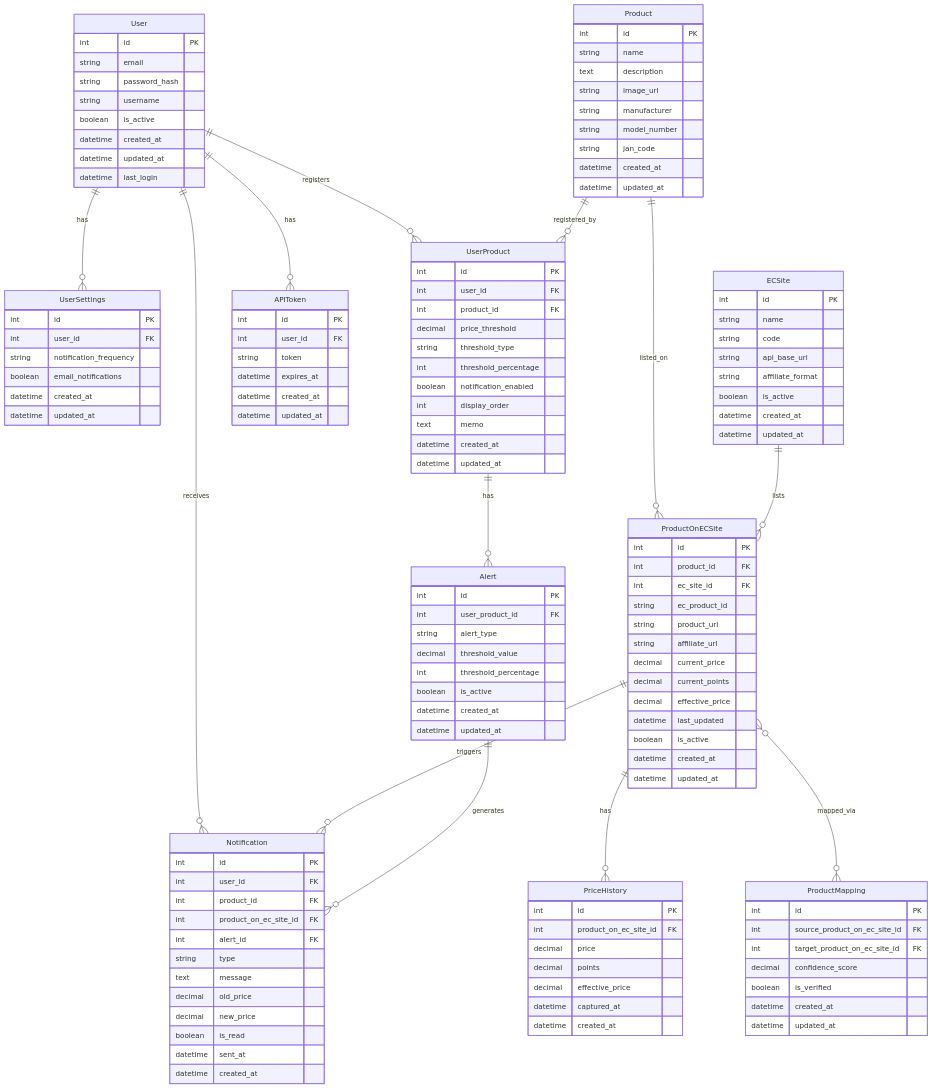
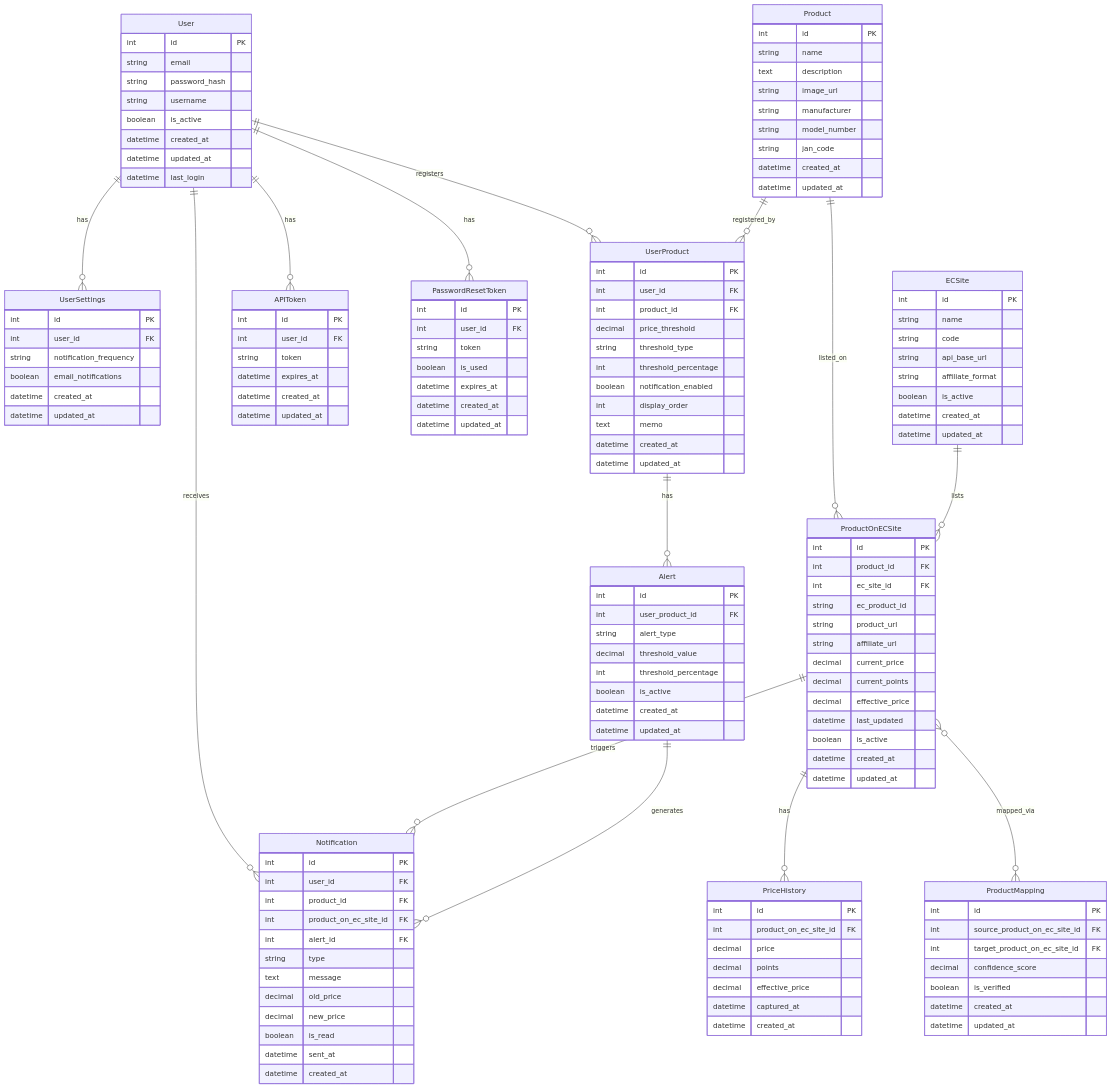
The diagram in frontend/docs/detailed_design_data_model.md (junpatch/PriceAlert), drawn with Mermaid before and after one commit. The commit also changed other lines of this file and 38 other files, not shown here.

```diff
--- a/frontend/docs/detailed_design_data_model.md
+++ b/frontend/docs/detailed_design_data_model.md
@@ -10,6 +10,7 @@
     User ||--o{ UserProduct : registers
     User ||--o{ Notification : receives
     User ||--o{ APIToken : has
+    User ||--o{ PasswordResetToken : has
 
     Product ||--o{ ProductOnECSite : listed_on
     Product ||--o{ UserProduct : registered_by
@@ -143,6 +144,16 @@
         datetime updated_at
     }
 
+    PasswordResetToken {
+        int id PK
+        int user_id FK
+        string token
+        boolean is_used
+        datetime expires_at
+        datetime created_at
+        datetime updated_at
+    }
+
     ProductMapping {
         int id PK
         int source_product_on_ec_site_id FK
```
